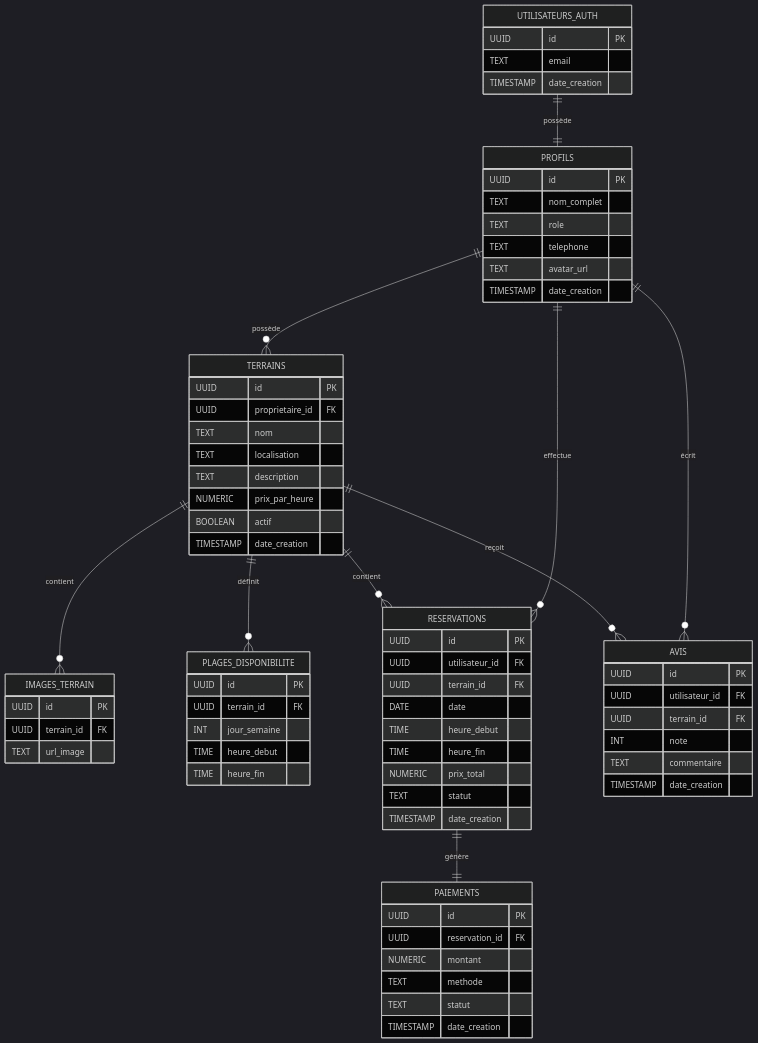
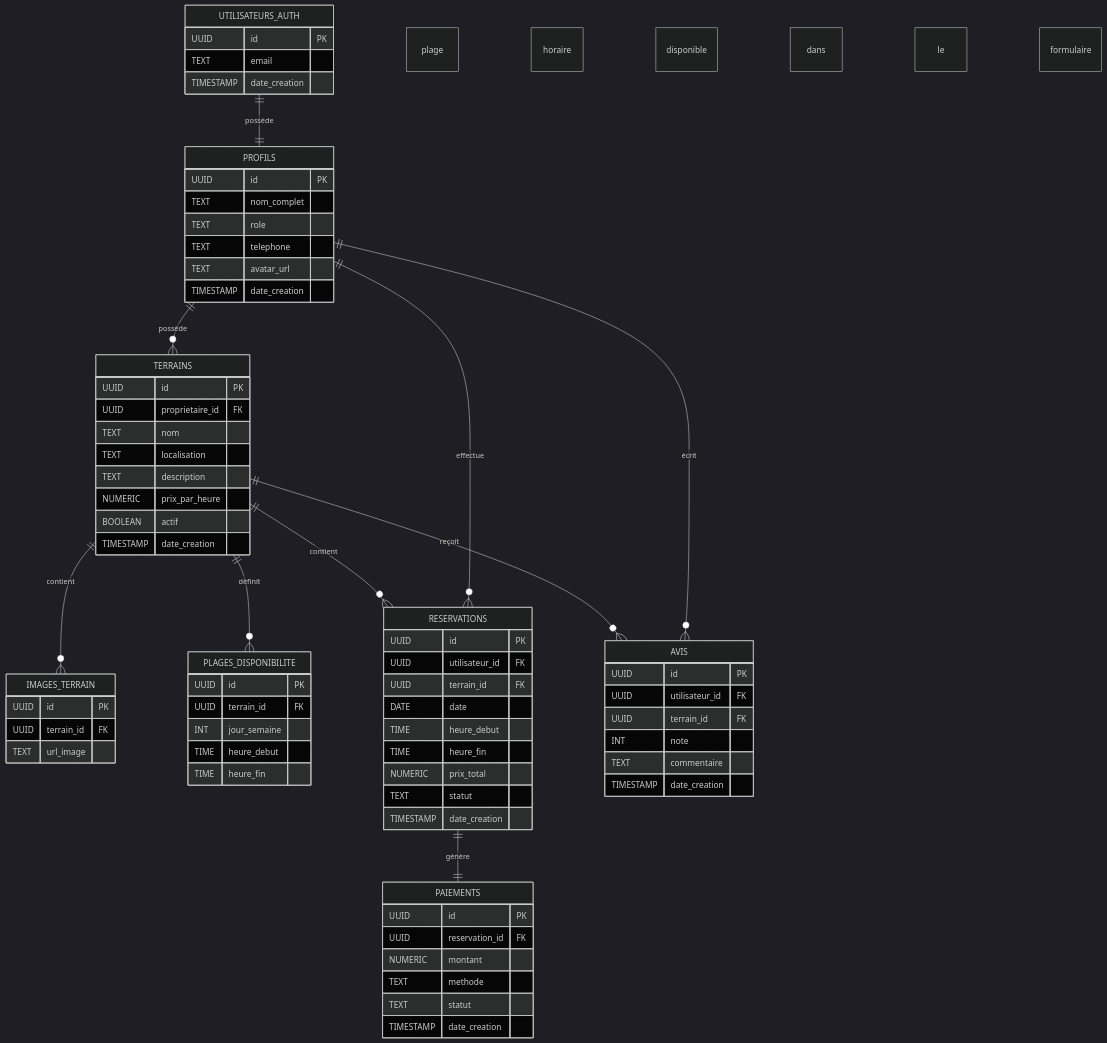
Before and after one commit to CodeCrafters-221/terrain-go: the diagram in Database.md, drawn with Mermaid (dark theme). The commit also changed 39 other files, not shown here.

````diff
--- a/Database.md
+++ b/Database.md
@@ -83,4 +83,7 @@
     TERRAINS ||--o{ PLAGES_DISPONIBILITE : "définit"
 
     RESERVATIONS ||--|| PAIEMENTS : "génère"
+
+
+    plage horaire disponible dans le formulaire
 ```
````
